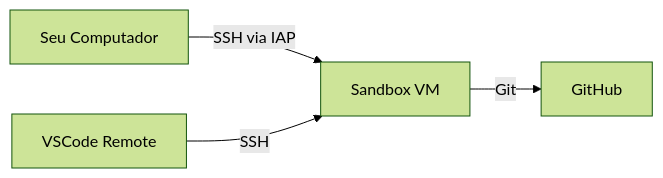
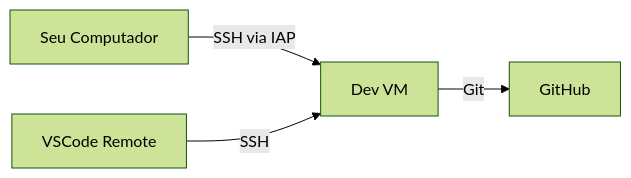
One commit to destaquesgovbr/docs changed the first of 2 diagrams in docs/index.md. Above: the diagram before and after it, drawn with Mermaid (forest theme). The commit also changed other lines of this file and 3 other files, not shown here.

````diff
--- a/docs/index.md
+++ b/docs/index.md
@@ -34,6 +34,6 @@
 ```mermaid
 flowchart LR
-    Dev[Seu Computador] -->|SSH via IAP| VM[Sandbox VM]
+    Dev[Seu Computador] -->|SSH via IAP| VM[Dev VM]
     VSCode[VSCode Remote] -->|SSH| VM
     VM -->|Git| GH[GitHub]
 ```
````
